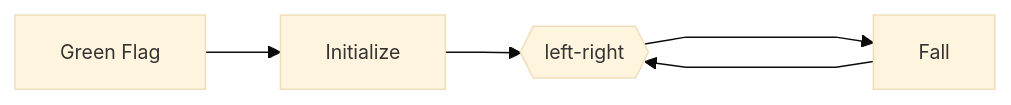
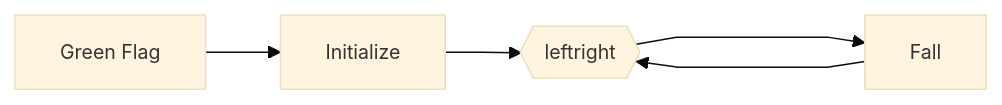
Before and after one commit to ksdavidc/digitalgardenforJrCoders: the first of 2 diagrams in src/site/notes/Digital Garden/Hatlight Platformer.md, drawn with Mermaid.

Commit message:
Update note Digital Garden/Hatlight Platformer.md

````diff
--- a/src/site/notes/Digital Garden/Hatlight Platformer.md
+++ b/src/site/notes/Digital Garden/Hatlight Platformer.md
@@ -37,6 +37,6 @@
 ```mermaid
 %%{init: {'theme': 'base', 'themeVariables': { 'fontSize': '13px', 'fontFamily': 'Inter'}, "flowchart" : { 'curve' : 'linear'} }}%%
 flowchart LR
-       GF[Green Flag] --> I[Initialize] --> A{{left-right}} 
+       GF[Green Flag] --> I[Initialize] --> A{{leftright}} 
        A --> B[Fall] ----> A
 ```
````
